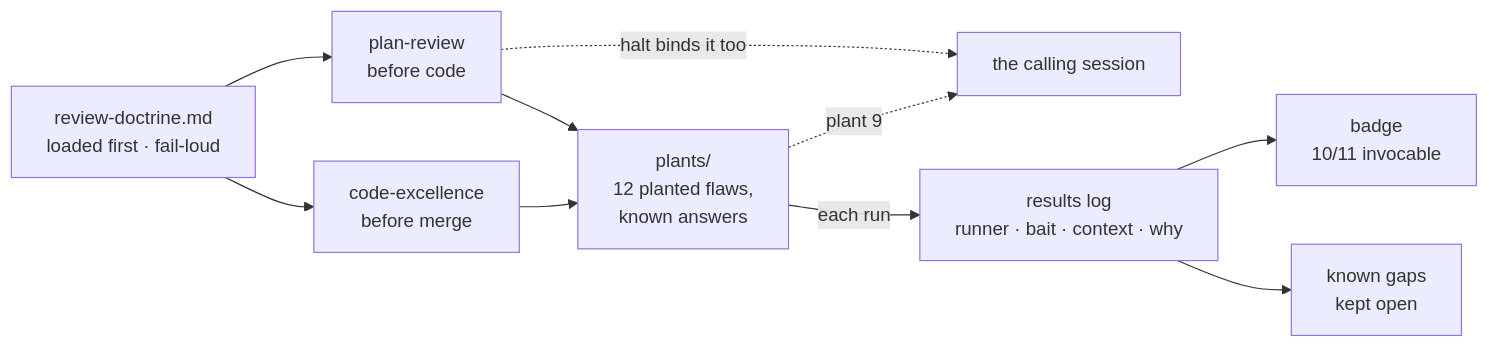
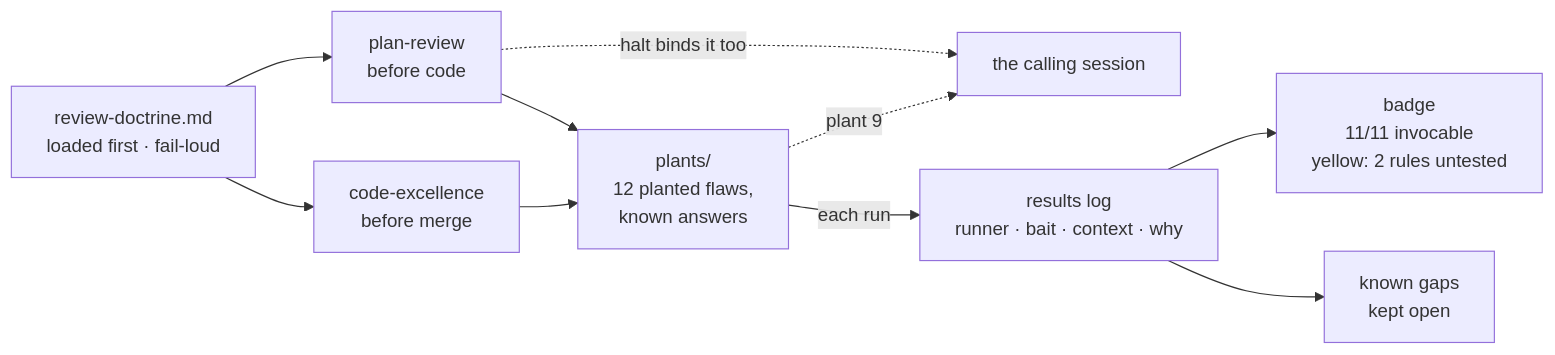
Before and after one commit to mahmoudmoe84/review-toolkit: the diagram in README.md, drawn with Mermaid. The commit also changed other lines of this file and 2 other files, not shown here.

````diff
--- a/README.md
+++ b/README.md
@@ -81,13 +86,13 @@
 ```mermaid
 flowchart LR
     D[review-doctrine.md<br/>loaded first · fail-loud]
     D --> PR[plan-review<br/>before code]
     D --> CE[code-excellence<br/>before merge]
     PR --> PL[plants/<br/>12 planted flaws,<br/>known answers]
     CE --> PL
     PR -.->|halt binds it too| CALLER[the calling session]
     PL -->|each run| LOG[results log<br/>runner · bait · context · why]
-    LOG --> B[badge<br/>10/11 invocable]
+    LOG --> B[badge<br/>11/11 invocable<br/>yellow: 2 rules untested]
     LOG --> G[known gaps<br/>kept open]
     PL -.->|plant 9| CALLER
 ```
````
